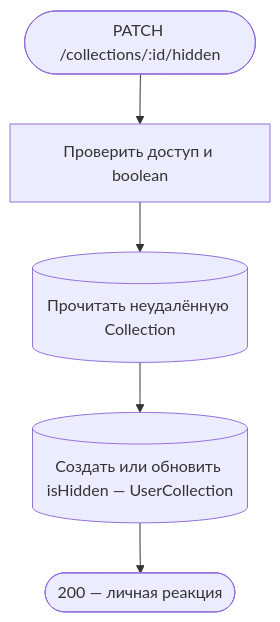
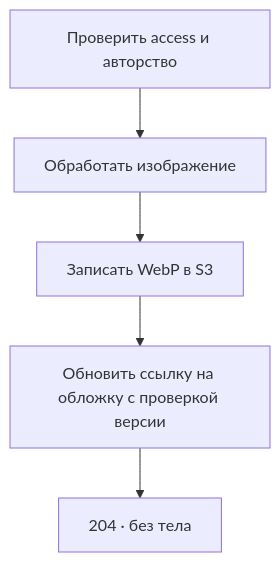
One commit to AmyGrooove/f95-tinder changed the eighth of 8 diagrams in apps/api/public/docs/api/requestFlows/collections.md. Above: the diagram before and after it, drawn with Mermaid. The commit also changed other lines of this file and 230 other files, not shown here.

````diff
--- a/apps/api/public/docs/api/requestFlows/collections.md
+++ b/apps/api/public/docs/api/requestFlows/collections.md
@@ -229,9 +149,7 @@
 ```mermaid
 flowchart TD
-    accTitle: Личное скрытие подборки
-    accDescr: Проверить пользователя и доступность Collection, атомарно сохранить isHidden в UserCollection без изменения публичной подборки
-    A(["PATCH /collections/:id/hidden"]):::http --> B["Проверить доступ и boolean"]:::action
-    B --> C[("Прочитать неудалённую Collection")]:::data
-    C --> D[("Создать или обновить isHidden — UserCollection")]:::data
-    D --> E(["200 — личная реакция"]):::http
+    A["Проверить access и авторство"] --> B["Обработать изображение"]
+    B --> C["Записать WebP в S3"]
+    C --> D["Обновить ссылку на обложку с проверкой версии"]
+    D --> E["204 · без тела"]
 ```
````
